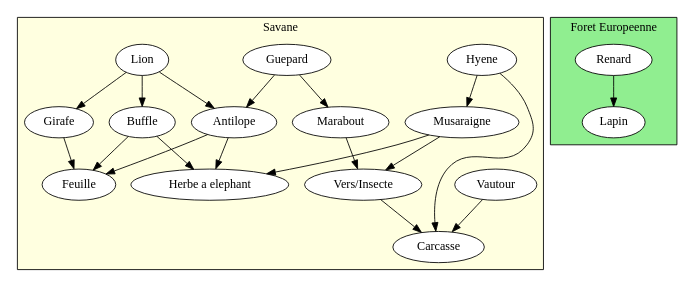
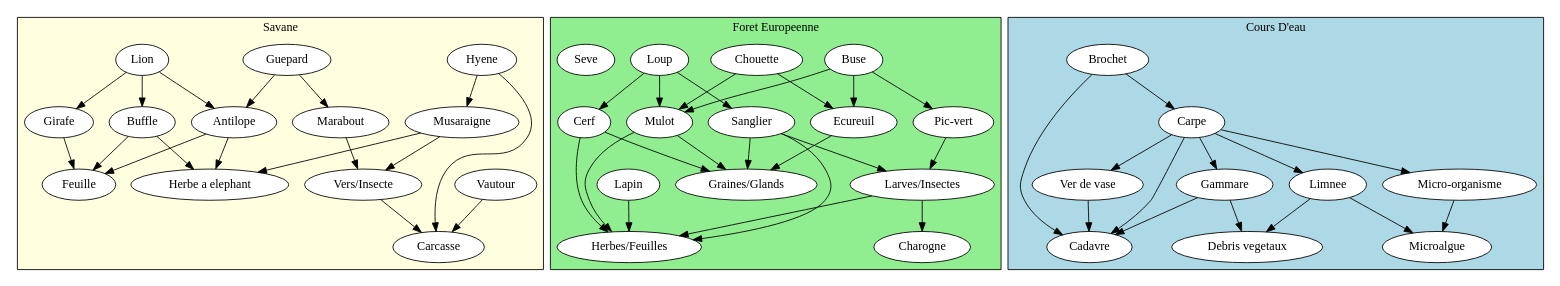
Before and after one commit to GTHBgaby/4H-ReseauxTrophiques: the diagram in test.dot, drawn with Graphviz. The commit also changed other lines of this file, not shown here.

Commit message:
finalisation des trois schémas des trophiques

```diff
--- a/test.dot
+++ b/test.dot
@@ -1,64 +1,147 @@
 digraph multigraphe {
     rankdir=TB; // du haut vers le bas
     compound=true;
     newrank=true;
 
     subgraph cluster_0 {
         label = "Savane";
         bgcolor = "lightyellow";
         node [shape=ellipse, style=filled, fillcolor=white];
 
         // Relations
         "Musaraigne" -> "Herbe a elephant"
         "Antilope" -> "Herbe a elephant"
         "Buffle" -> "Herbe a elephant"
 
         "Antilope" -> "Feuille"
         "Buffle" -> "Feuille"
         "Girafe" -> "Feuille"
 
         "Vers/Insecte" -> "Carcasse"
         "Hyene" -> "Carcasse"
         "Vautour" -> "Carcasse"
 
         "Marabout" -> "Vers/Insecte"
         "Musaraigne" -> "Vers/Insecte"
 
         "Guepard" -> "Marabout"
 
         "Hyene" -> "Musaraigne"
 
         "Guepard" -> "Antilope"
         "Lion" -> "Antilope"
 
         "Lion" -> "Buffle"
 
         "Lion" -> "Girafe"
 
         // Force la disposition
         {rank=same; "Herbe a elephant"}
         {rank=same; Feuille}
         {rank=same; Carcasse}
         {rank=same; "Vers/Insecte"}
         {rank=same; Marabout}
         {rank=same; Musaraigne}
         {rank=same; Antilope}
         {rank=same; Buffle}
         {rank=same; Girafe}
         {rank=same; Hyene}
         {rank=same; Guepard}
         {rank=same; Lion}
         {rank=same; Vautour}
         }
 
     subgraph cluster_1 {
         label = "Foret Europeenne";
         bgcolor = "lightgreen";
         node [shape=ellipse, style=filled, fillcolor=white];
 
-        "Renard" -> "Lapin"
 
-        {rank=same; "Renard"}
+
+
+"Ecureuil" -> "Graines/Glands"
+"Mulot" -> "Graines/Glands"
+"Cerf" -> "Graines/Glands"
+"Sanglier" -> "Graines/Glands"
+
+"Larves/Insectes" -> "Herbes/Feuilles"
+"Lapin" -> "Herbes/Feuilles"
+"Mulot" -> "Herbes/Feuilles"
+"Cerf" -> "Herbes/Feuilles"
+"Sanglier" -> "Herbes/Feuilles"
+
+"Larves/Insectes" -> "Charogne"
+
+"Pic-vert" -> "Larves/Insectes"
+"Sanglier" -> "Larves/Insectes"
+
+"Chouette" -> "Ecureuil"
+"Buse" -> "Ecureuil"
+
+"Chouette" -> "Mulot"
+"Buse" -> "Mulot"
+"Loup" -> "Mulot"
+
+"Buse" -> "Pic-vert"
+
+"Loup" -> "Cerf"
+"Loup" -> "Sanglier"
+
+        // Force la disposition
+        {rank=same; "Graines/Glands"}
+        {rank=same; "Herbes/Feuilles"}
+        {rank=same; "Seve"}
+        {rank=same; "Charogne"}
+        {rank=same; "Larves/Insectes"}
         {rank=same; "Lapin"}
+        {rank=same; "Ecureuil"}
+        {rank=same; "Mulot"}
+        {rank=same; "Pic-vert"}
+        {rank=same; "Cerf"}
+        {rank=same; "Sanglier"}
+        {rank=same; "Chouette"}
+        {rank=same; "Buse"}
+        {rank=same; "Loup"}
+
     }
+
+
+        subgraph cluster_3 {
+        label = "Cours D'eau"
+        bgcolor = "lightblue";
+        node [shape=ellipse, style=filled, fillcolor=white];
+
+
+
+
+"Limnee" -> "Debris vegetaux"
+"Gammare" -> "Debris vegetaux"
+
+"Micro-organisme" -> "Microalgue"
+"Limnee" -> "Microalgue"
+
+"Ver de vase" -> "Cadavre"
+"Gammare" -> "Cadavre"
+"Carpe" -> "Cadavre"
+"Brochet" -> "Cadavre"
+
+"Carpe" -> "Ver de vase"
+"Carpe" -> "Micro-organisme"
+"Carpe" -> "Limnee"
+"Carpe" -> "Gammare"
+
+"Brochet" -> "Carpe"
+
+
+    {rank=same; "Debris vegetaux"}
+    {rank=same; "Microalgue"}
+    {rank=same; "Cadavre"}
+    {rank=same; "Ver de vase"}
+    {rank=same; "Micro-organisme"}
+    {rank=same; "Limnee"}
+    {rank=same; "Gammare"}
+    {rank=same; "Brochet"}
+
 }
+
+}
```
